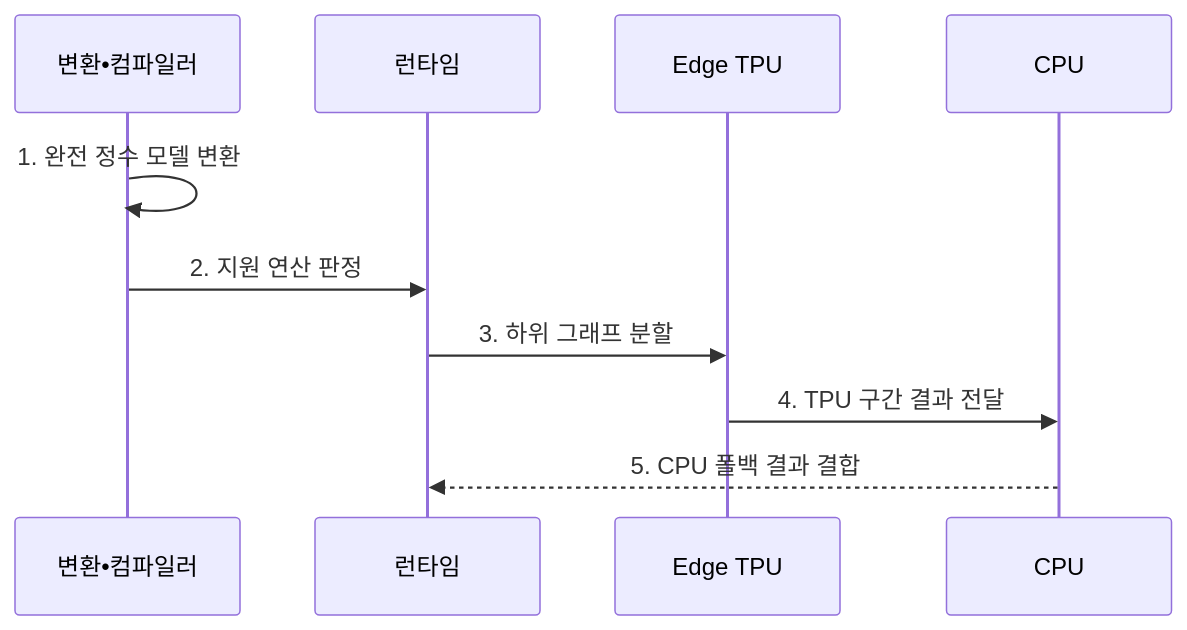
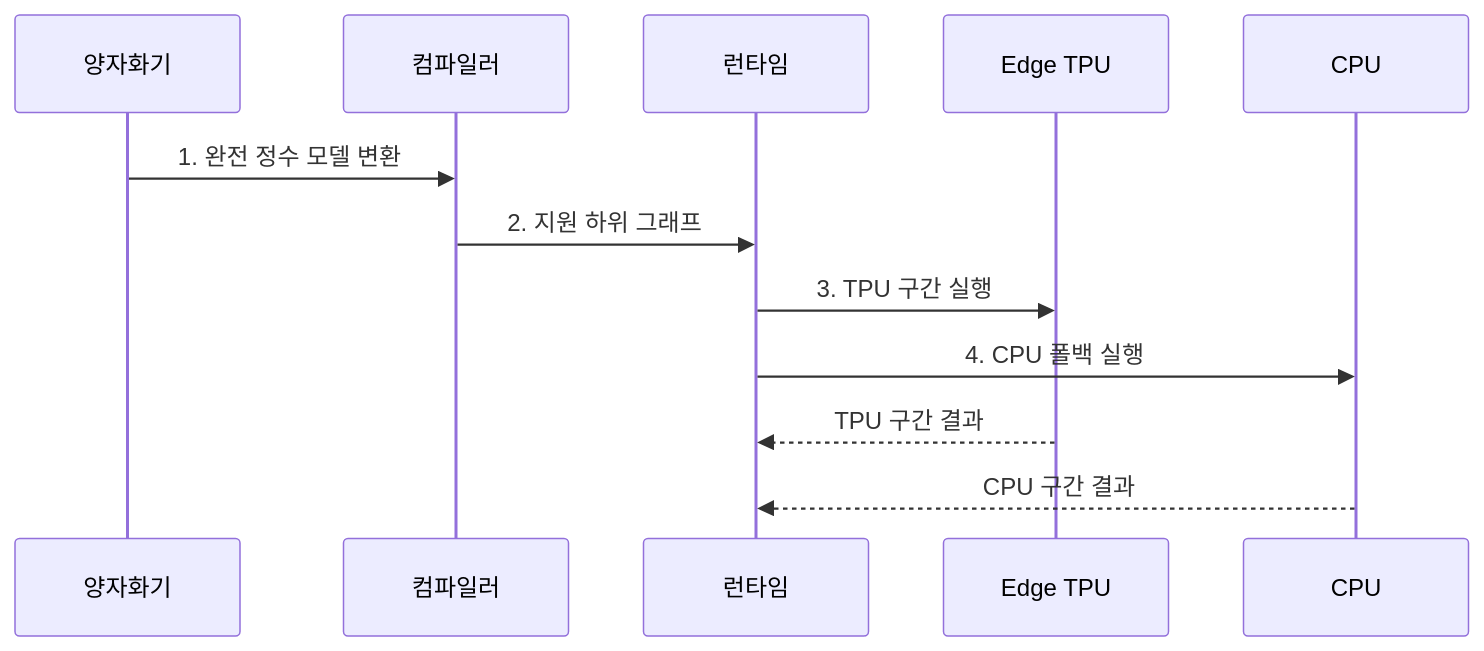
Before and after one commit to agnusdei1207/knowledge-base: the second of 2 diagrams in src/content/docs/notes/08-latest-tech/053_edge_tpu.md, drawn with Mermaid. The commit also changed other lines of this file and 20 other files, not shown here.

````diff
--- a/src/content/docs/notes/08-latest-tech/053_edge_tpu.md
+++ b/src/content/docs/notes/08-latest-tech/053_edge_tpu.md
@@ -106,12 +106,14 @@
 ```mermaid
 sequenceDiagram
-    participant C as 변환•컴파일러
+    participant Q as 양자화기
+    participant C as 컴파일러
     participant R as 런타임
     participant T as Edge TPU
     participant P as CPU
-    C->>C: 1. 완전 정수 모델 변환
-    C->>R: 2. 지원 연산 판정
-    R->>T: 3. 하위 그래프 분할
-    T->>P: 4. TPU 구간 결과 전달
-    P-->>R: 5. CPU 폴백 결과 결합
+    Q->>C: 1. 완전 정수 모델 변환
+    C->>R: 2. 지원 하위 그래프
+    R->>T: 3. TPU 구간 실행
+    R->>P: 4. CPU 폴백 실행
+    T-->>R: TPU 구간 결과
+    P-->>R: CPU 구간 결과
 ```
````
